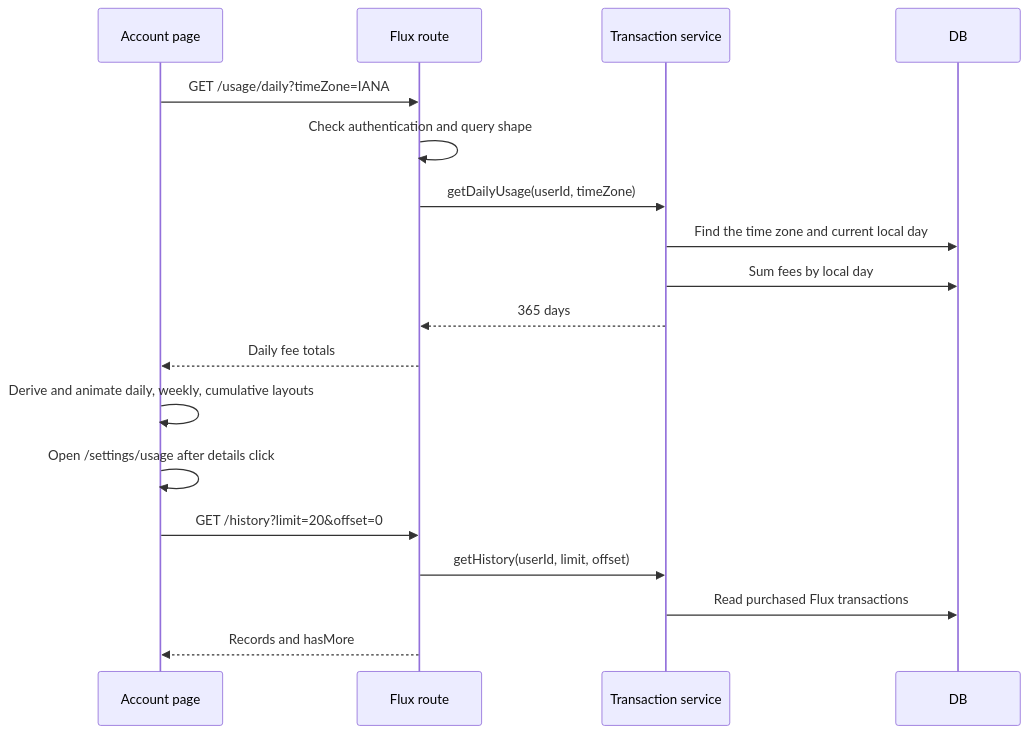
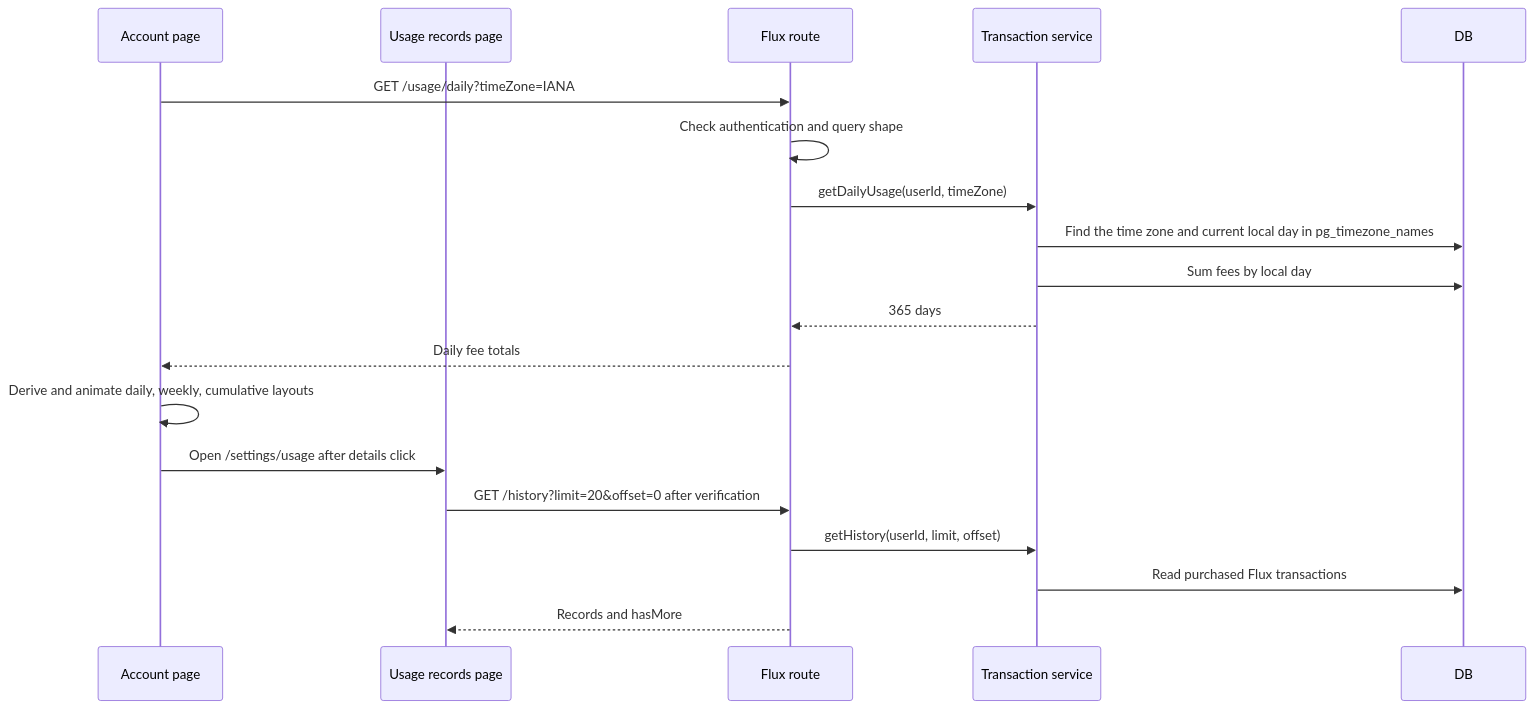
Before and after one commit to moeru-ai/airi: the second of 2 diagrams in server/docs/ai/adr/2026-10-25-flux-usage-charts.md, drawn with Mermaid. The commit also changed other lines of this file, not shown here.

````diff
--- a/server/docs/ai/adr/2026-10-25-flux-usage-charts.md
+++ b/server/docs/ai/adr/2026-10-25-flux-usage-charts.md
@@ -65,20 +74,21 @@
 ```mermaid
 sequenceDiagram
   participant Page as Account page
+  participant History as Usage records page
   participant API as Flux route
   participant Service as Transaction service
   participant DB
   Page->>API: GET /usage/daily?timeZone=IANA
   API->>API: Check authentication and query shape
   API->>Service: getDailyUsage(userId, timeZone)
-  Service->>DB: Find the time zone and current local day
+  Service->>DB: Find the time zone and current local day in pg_timezone_names
   Service->>DB: Sum fees by local day
   Service-->>API: 365 days
   API-->>Page: Daily fee totals
   Page->>Page: Derive and animate daily, weekly, cumulative layouts
-  Page->>Page: Open /settings/usage after details click
-  Page->>API: GET /history?limit=20&offset=0
+  Page->>History: Open /settings/usage after details click
+  History->>API: GET /history?limit=20&offset=0 after verification
   API->>Service: getHistory(userId, limit, offset)
   Service->>DB: Read purchased Flux transactions
-  API-->>Page: Records and hasMore
+  API-->>History: Records and hasMore
 ```
````
